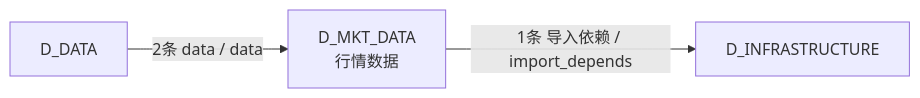
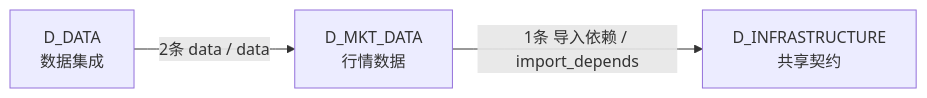
Before and after one commit to xuanFelixVan/ZephyrAlpha: the fourth of 4 diagrams in docs/02_enterprise_architecture/02_domain_architecture_docs/20_d_mkt_data.md, drawn with Mermaid. The commit also changed other lines of this file and 112 other files, not shown here.

````diff
--- a/docs/02_enterprise_architecture/02_domain_architecture_docs/20_d_mkt_data.md
+++ b/docs/02_enterprise_architecture/02_domain_architecture_docs/20_d_mkt_data.md
@@ -166,8 +166,8 @@
 ```mermaid
 graph LR
     D_MKT_DATA["D_MKT_DATA<br/>行情数据"]
-    D_INFRASTRUCTURE["D_INFRASTRUCTURE"]
-    D_DATA["D_DATA"]
+    D_INFRASTRUCTURE["D_INFRASTRUCTURE<br/>共享契约"]
+    D_DATA["D_DATA<br/>数据集成"]
     D_MKT_DATA -->|1条 导入依赖 / import_depends| D_INFRASTRUCTURE
     D_DATA -->|2条 data / data| D_MKT_DATA
 ```
````
